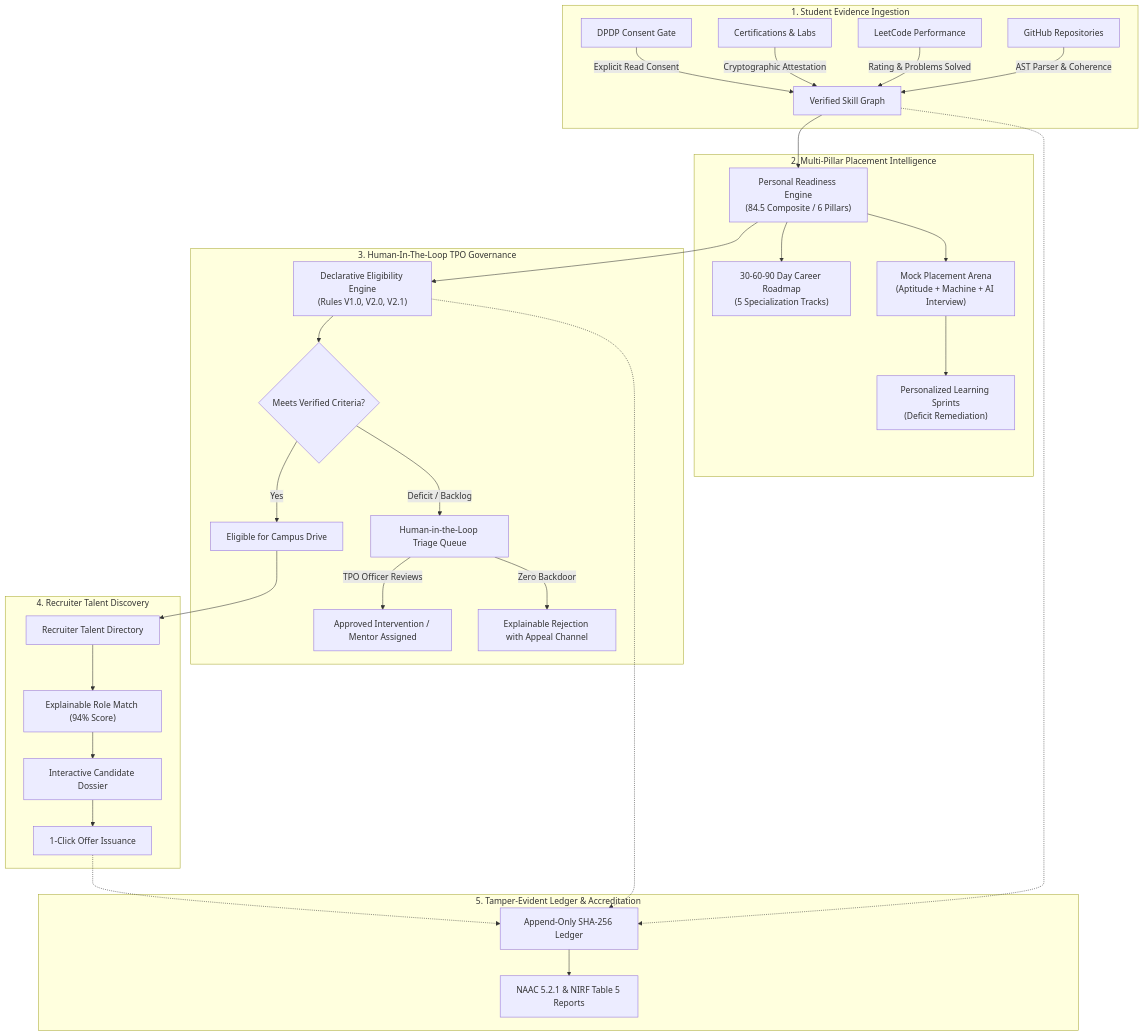
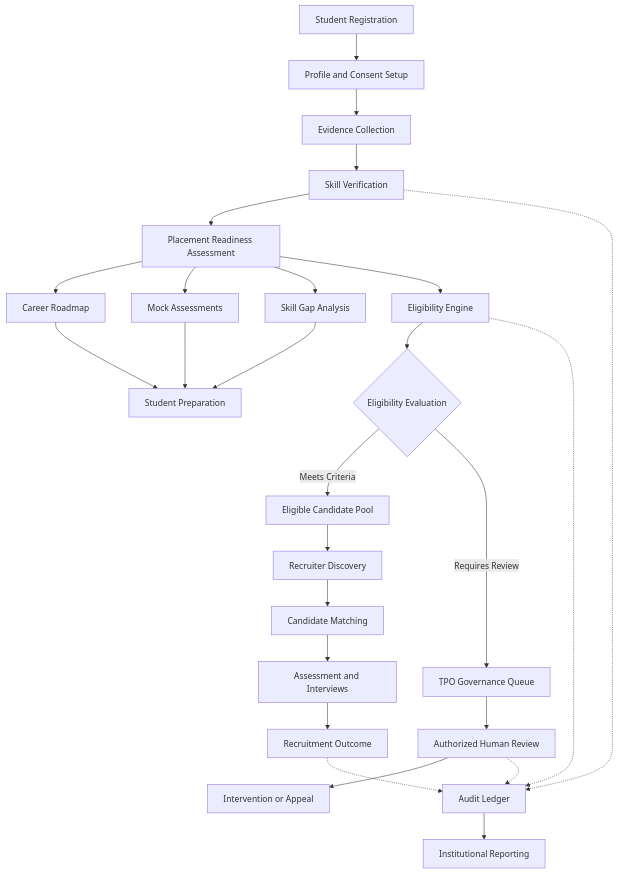
The first of 2 diagrams in README.md (nimeshsurvegg-lgtm/agentic-placement-intelligence), drawn with Mermaid before and after one commit. The commit also changed other lines of this file, not shown here.

````diff
--- a/README.md
+++ b/README.md
@@ -291,77 +770,36 @@
 ```mermaid
+flowchart TD
+    A[Student Registration] --> B[Profile and Consent Setup]
+    B --> C[Evidence Collection]
+    C --> D[Skill Verification]
+    D --> E[Placement Readiness Assessment]
 
-flowchart TD
+    E --> F[Career Roadmap]
+    E --> G[Mock Assessments]
+    E --> H[Skill Gap Analysis]
 
-    subgraph Student["1. Student Evidence Ingestion"]
+    F --> I[Student Preparation]
+    G --> I
+    H --> I
 
-        A["GitHub Repositories"] -->|"AST Parser & Coherence"| D["Verified Skill Graph"]
+    E --> J[Eligibility Engine]
+    J --> K{Eligibility Evaluation}
 
-        B["LeetCode Performance"] -->|"Rating & Problems Solved"| D
+    K -->|Meets Criteria| L[Eligible Candidate Pool]
+    K -->|Requires Review| M[TPO Governance Queue]
 
-        C["Certifications & Labs"] -->|"Cryptographic Attestation"| D
+    M --> N[Authorized Human Review]
+    N --> O[Intervention or Appeal]
 
-        P["DPDP Consent Gate"] -->|"Explicit Read Consent"| D
+    L --> P[Recruiter Discovery]
+    P --> Q[Candidate Matching]
+    Q --> R[Assessment and Interviews]
+    R --> S[Recruitment Outcome]
 
-    end
+    D -.-> T[Audit Ledger]
+    J -.-> T
+    N -.-> T
+    S -.-> T
 
-
-
-    subgraph Intelligence["2. Multi-Pillar Placement Intelligence"]
-
-        D --> E["Personal Readiness Engine\n(84.5 Composite / 6 Pillars)"]
-
-        E --> F["30-60-90 Day Career Roadmap\n(5 Specialization Tracks)"]
-
-        E --> G["Mock Placement Arena\n(Aptitude + Machine + AI Interview)"]
-
-        G --> H["Personalized Learning Sprints\n(Deficit Remediation)"]
-
-    end
-
-
-
-    subgraph Governance["3. Human-In-The-Loop TPO Governance"]
-
-        E --> I["Declarative Eligibility Engine\n(Rules V1.0, V2.0, V2.1)"]
-
-        I --> J{"Meets Verified Criteria?"}
-
-        J -->|"Yes"| K["Eligible for Campus Drive"]
-
-        J -->|"Deficit / Backlog"| L["Human-in-the-Loop Triage Queue"]
-
-        L -->|"TPO Officer Reviews"| M["Approved Intervention / Mentor Assigned"]
-
-        L -->|"Zero Backdoor"| N["Explainable Rejection with Appeal Channel"]
-
-    end
-
-
-
-    subgraph Recruiter["4. Recruiter Talent Discovery"]
-
-        K --> O["Recruiter Talent Directory"]
-
-        O --> Q["Explainable Role Match (94% Score)"]
-
-        Q --> R["Interactive Candidate Dossier"]
-
-        R --> S["1-Click Offer Issuance"]
-
-    end
-
-
-
-    subgraph Ledger["5. Tamper-Evident Ledger & Accreditation"]
-
-        D -.-> T["Append-Only SHA-256 Ledger"]
-
-        I -.-> T
-
-        S -.-> T
-
-        T --> U["NAAC 5.2.1 & NIRF Table 5 Reports"]
-
-    end
-
+    T --> U[Institutional Reporting]
 ```
````
